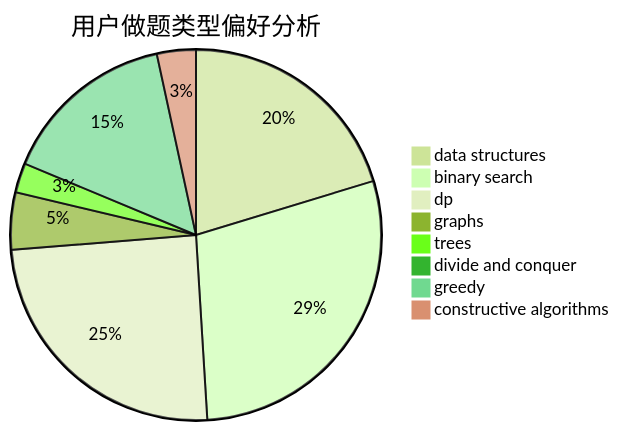
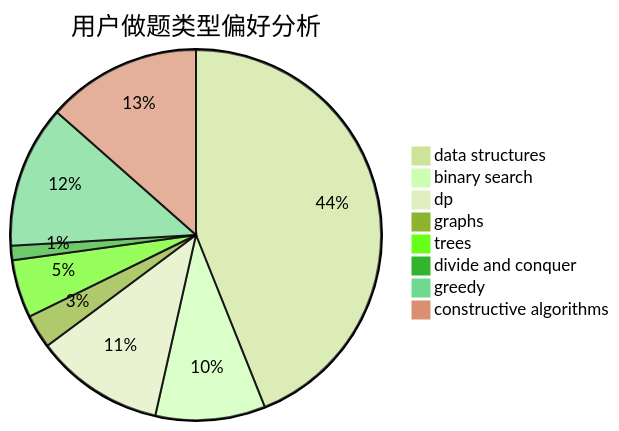
Before and after one commit to sherpahu/cfrs.github.io: the second of 3 diagrams in docs/user/u22.md, drawn with Mermaid (forest theme). The commit also changed other lines of this file and 2770 other files, not shown here.

````diff
--- a/docs/user/u22.md
+++ b/docs/user/u22.md
@@ -23,11 +23,11 @@
 ```mermaid
 pie title 用户做题类型偏好分析
-    "data structures" :  448
-    "binary search" :  634
-    "dp" :  545
-    "graphs" :  110
-    "trees" :  57
-    "divide and conquer" :  0
-    "greedy" :  338
-    "constructive algorithms" :  75
+    "data structures" :  417
+    "binary search" :  91
+    "dp" :  107
+    "graphs" :  28
+    "trees" :  48
+    "divide and conquer" :  12
+    "greedy" :  118
+    "constructive algorithms" :  128
 ```
````
